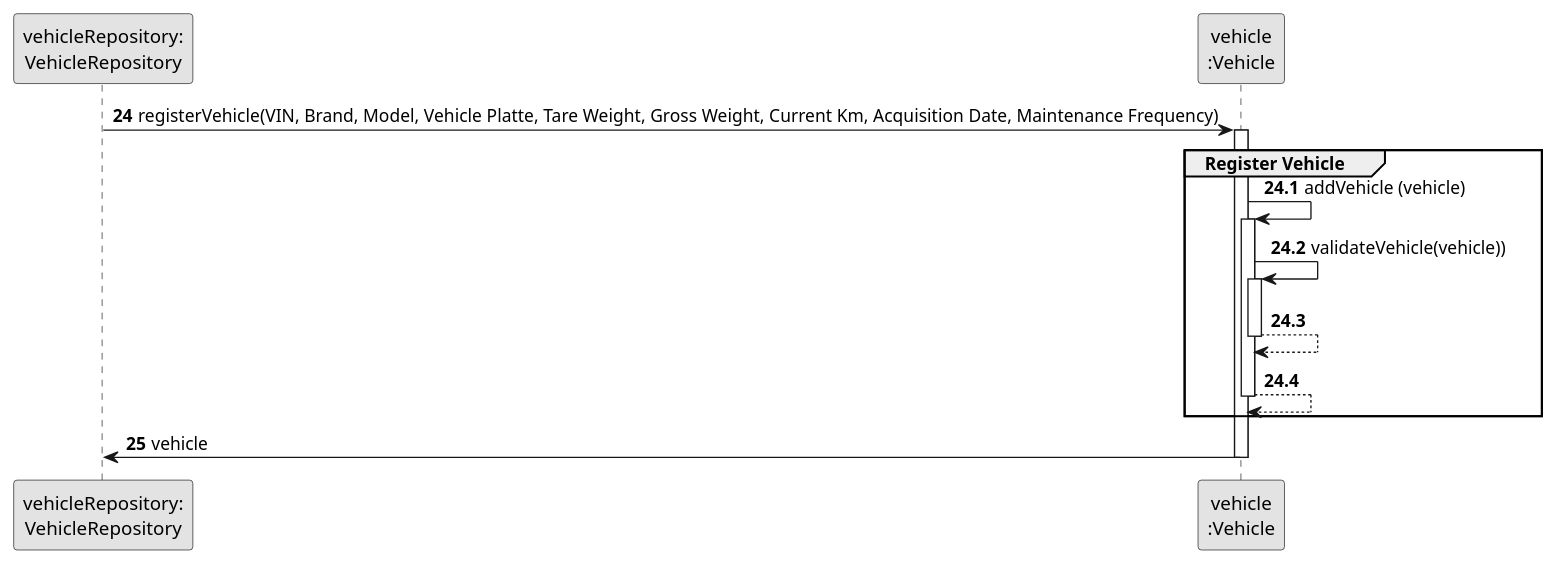
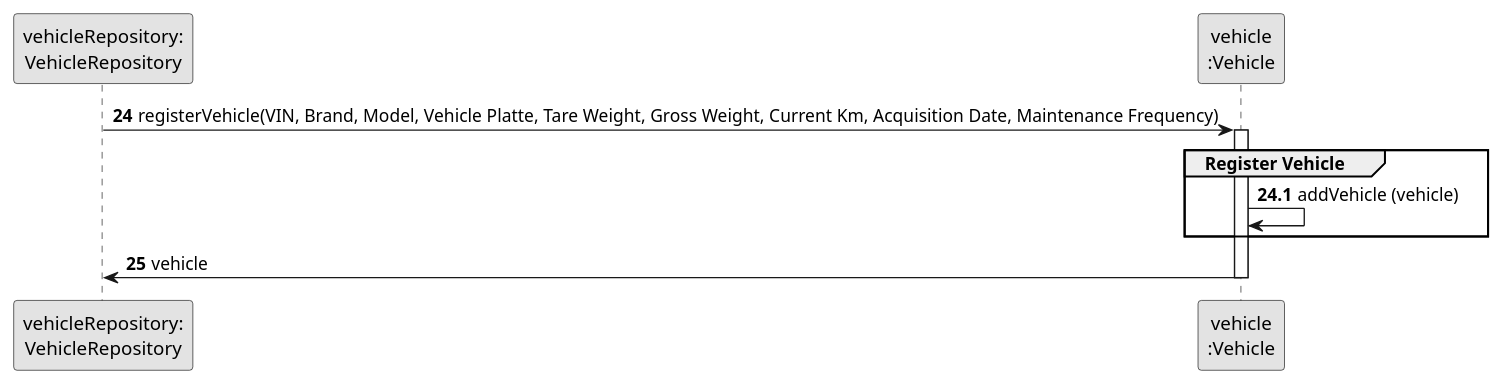
Before and after one commit to ricardomm7/leaflink: the diagram in docs/sprintB/us006/03.design/puml/us006-sequence-diagram-partial-register-vehicle.puml, drawn with PlantUML. The commit also changed 10 other files, not shown here.

```diff
--- a/docs/sprintB/us006/03.design/puml/us006-sequence-diagram-partial-register-vehicle.puml
+++ b/docs/sprintB/us006/03.design/puml/us006-sequence-diagram-partial-register-vehicle.puml
@@ -1,34 +1,25 @@
 @startuml
 skinparam monochrome true
 skinparam packageStyle rectangle
 skinparam shadowing false
 
 participant "vehicleRepository:\nVehicleRepository" as VehicleRepository
 participant "vehicle\n:Vehicle" as VEI
 
 autonumber 24
 VehicleRepository -> VEI: registerVehicle(VIN, Brand, Model, Vehicle Platte, Tare Weight, Gross Weight, Current Km, Acquisition Date, Maintenance Frequency)
 
 autonumber 24.1
 activate VEI
     group Register Vehicle
                               VEI -> VEI: addVehicle (vehicle)
-                              activate VEI
 
-                              VEI -> VEI: validateVehicle(vehicle))
-                              activate VEI
-
-                              VEI --> VEI
-                              deactivate VEI
-
-                              VEI --> VEI
-                              deactivate VEI
 
     end
 
     autonumber 25
     VEI -> VehicleRepository: vehicle
 deactivate VEI
 
 
 @enduml
```
